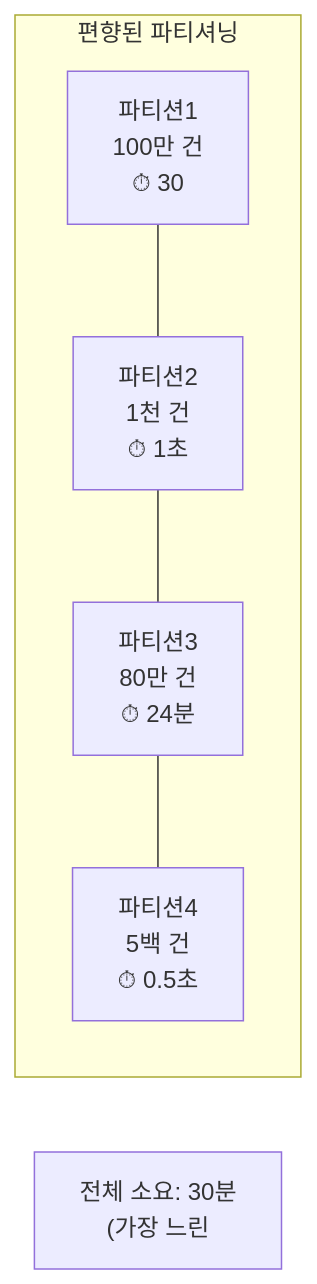
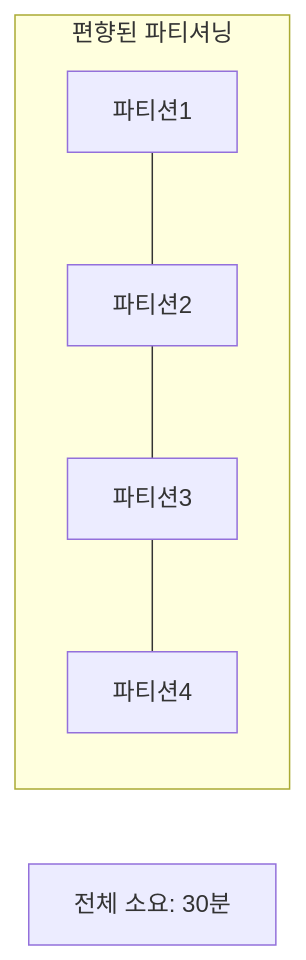
The fifth of 6 diagrams in _posts/batch/2026-05-03-spring-batch-partitioning.md (yjkim2015/yjkim2015.github.io), drawn with Mermaid before and after one commit. The commit also changed other lines of this file and 217 other files, not shown here.

First line of the commit message:
Mermaid 크기 수정: useMaxWidth:true + SVG max-width:100% + 라벨 축소

````diff
--- a/_posts/batch/2026-05-03-spring-batch-partitioning.md
+++ b/_posts/batch/2026-05-03-spring-batch-partitioning.md
@@ -421,9 +421,9 @@
 ```mermaid
 flowchart LR
     subgraph "편향된 파티셔닝"
-        A["파티션1\n100만 건\n⏱ 30"] --- B["파티션2\n1천 건\n⏱ 1초"]
-        B --- C["파티션3\n80만 건\n⏱ 24분"]
-        C --- D["파티션4\n5백 건\n⏱ 0.5초"]
+        A["파티션1"] --- B["파티션2"]
+        B --- C["파티션3"]
+        C --- D["파티션4"]
     end
-    E["전체 소요: 30분\n(가장 느린"]
+    E["전체 소요: 30분"]
 ```
````
